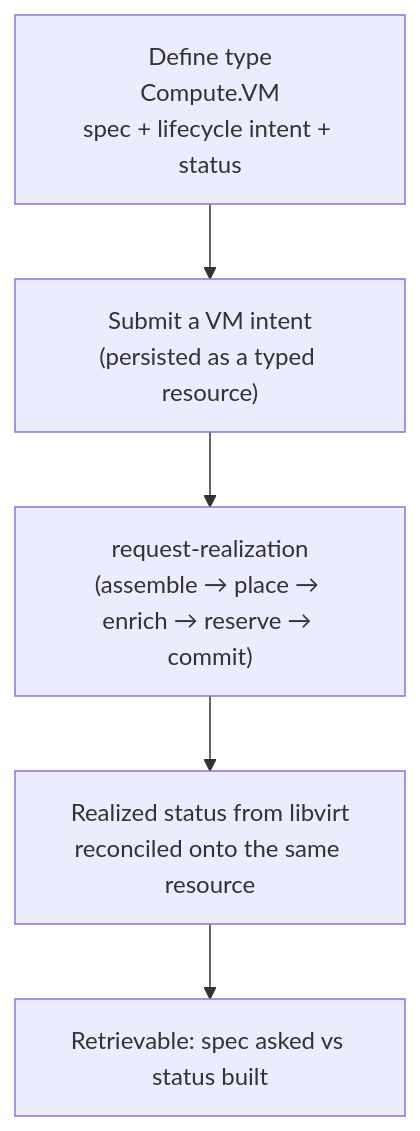
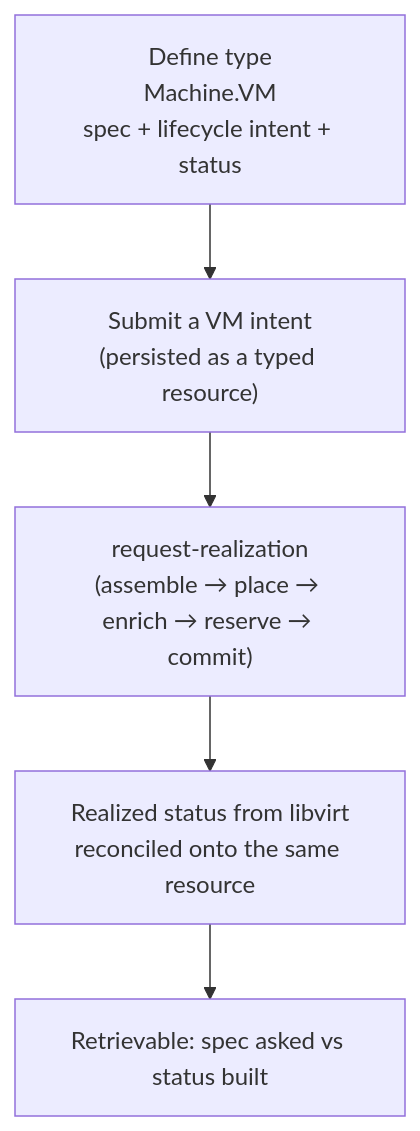
The diagram in docs/flows/uc-01-vm-resource-representation.md (croadfeldt/udlm), drawn with Mermaid before and after one commit. The commit also changed other lines of this file and 194 other files, not shown here.

````diff
--- a/docs/flows/uc-01-vm-resource-representation.md
+++ b/docs/flows/uc-01-vm-resource-representation.md
@@ -17,7 +17,7 @@
 ```mermaid
 flowchart TD
-  D["Define type<br/>Compute.VM<br/>spec + lifecycle intent + status"] --> S["Submit a VM intent<br/>(persisted as a typed resource)"]
+  D["Define type<br/>Machine.VM<br/>spec + lifecycle intent + status"] --> S["Submit a VM intent<br/>(persisted as a typed resource)"]
   S --> RR["request-realization<br/>(assemble → place → enrich → reserve → commit)"]
   RR --> ST["Realized status from libvirt<br/>reconciled onto the same resource"]
   ST --> Q["Retrievable: spec asked vs status built"]
 ```
````
